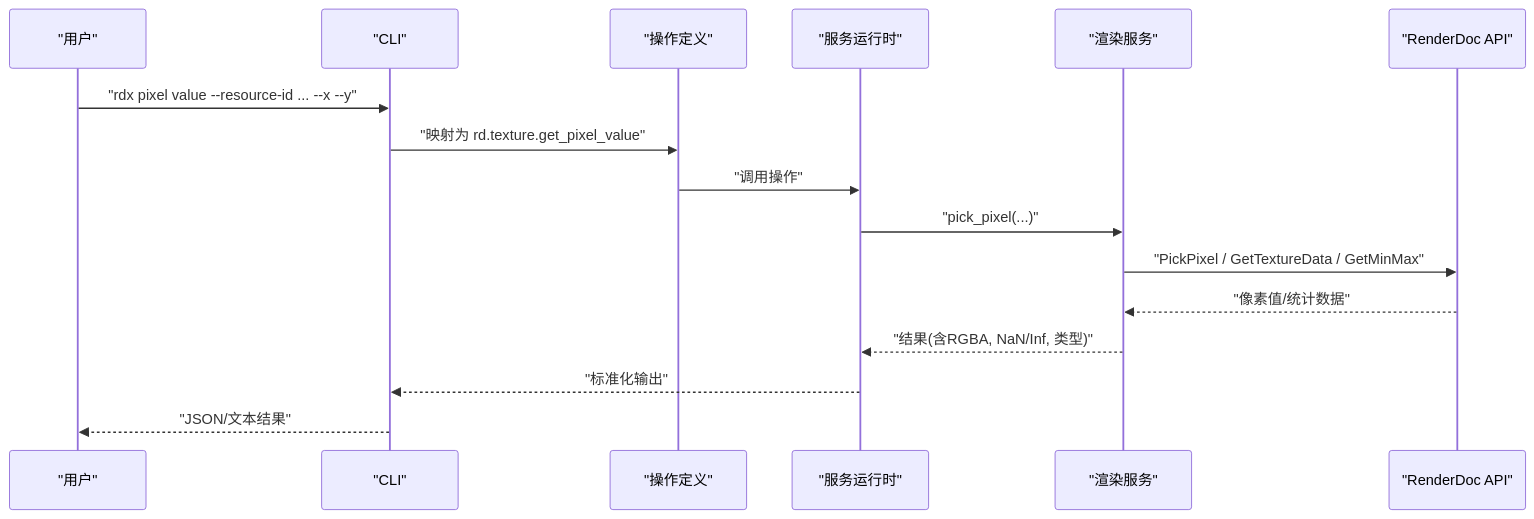
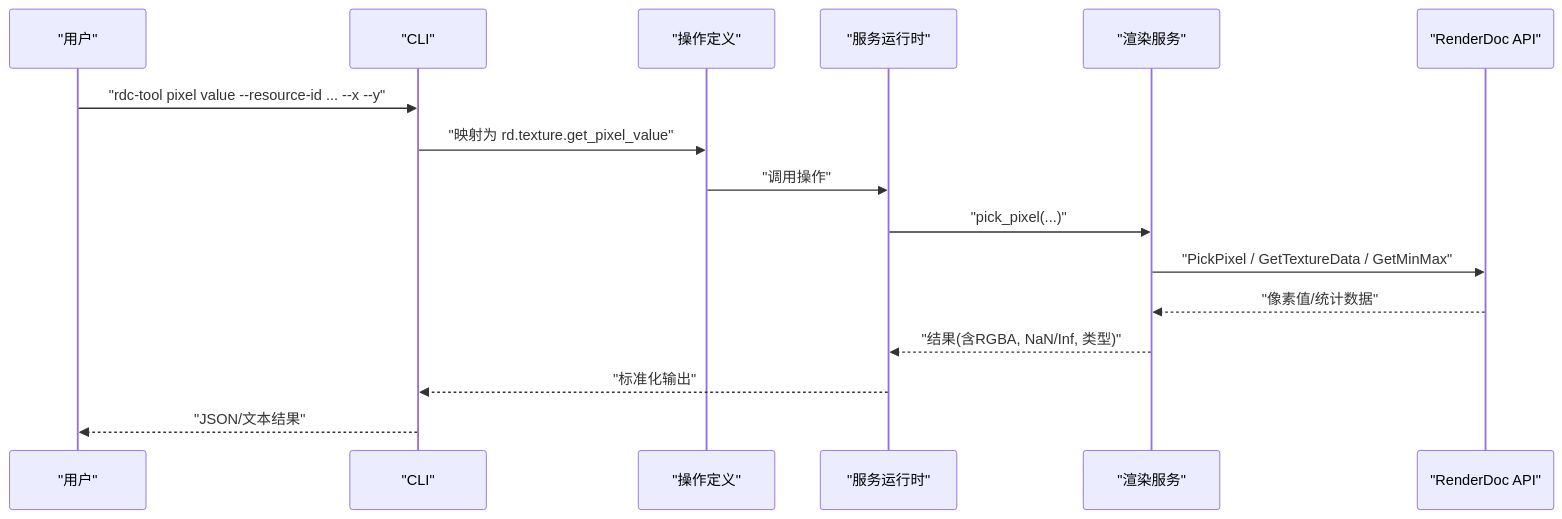
The second of 6 diagrams in .qoder/repowiki/zh/content/CLI参考手册/像素分析命令.md (haolange/RDC-Tool), drawn with Mermaid before and after one commit. The commit also changed other lines of this file and 388 other files, not shown here.

First line of the commit message:
Release RDC-Tool identity and public maintenance surface

````diff
--- a/.qoder/repowiki/zh/content/CLI参考手册/像素分析命令.md
+++ b/.qoder/repowiki/zh/content/CLI参考手册/像素分析命令.md
@@ -86,18 +86,18 @@
 ```mermaid
 sequenceDiagram
 participant U as "用户"
 participant CLI as "CLI"
 participant OPS as "操作定义"
 participant RT as "服务运行时"
 participant RS as "渲染服务"
 participant RD as "RenderDoc API"
-U->>CLI : "rdx pixel value --resource-id ... --x --y"
+U->>CLI : "rdc-tool pixel value --resource-id ... --x --y"
 CLI->>OPS : "映射为 rd.texture.get_pixel_value"
 OPS->>RT : "调用操作"
 RT->>RS : "pick_pixel(...)"
 RS->>RD : "PickPixel / GetTextureData / GetMinMax"
 RD-->>RS : "像素值/统计数据"
 RS-->>RT : "结果(含RGBA, NaN/Inf, 类型)"
 RT-->>CLI : "标准化输出"
 CLI-->>U : "JSON/文本结果"
 ```
````
